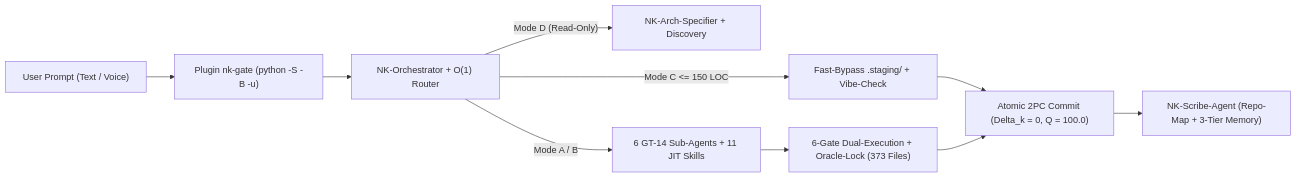
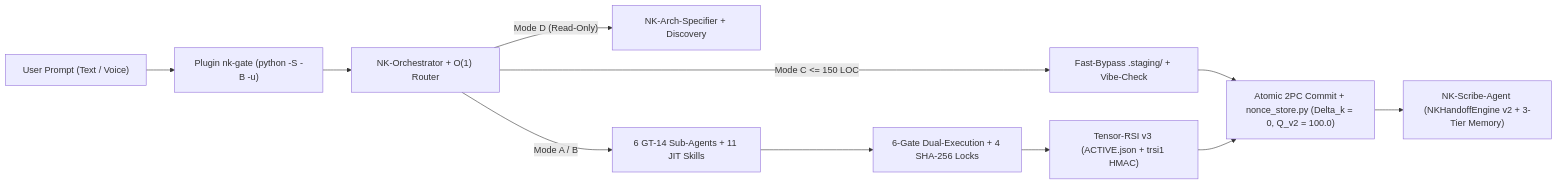
The second of 2 diagrams in .github/README.md (erbaldo86/NK-Hub), drawn with Mermaid before and after one commit. The commit also changed other lines of this file and 401 other files, not shown here.

Commit message:
feat(release): NK Hub Generation v3.0.2-Generation (Tensor-RSI v3, Handoff V2, NVMe Pyramid, Forensic Hardening & GitHub Showcase)

````diff
--- a/.github/README.md
+++ b/.github/README.md
@@ -380,12 +392,13 @@
 ```mermaid
 flowchart LR
     U["User Prompt (Text / Voice)"] --> HG["Plugin nk-gate (python -S -B -u)"]
     HG --> R["NK-Orchestrator + O(1) Router"]
     R -->|"Mode D (Read-Only)"| RO["NK-Arch-Specifier + Discovery"]
     R -->|"Mode C <= 150 LOC"| FB["Fast-Bypass .staging/ + Vibe-Check"]
     R -->|"Mode A / B"| SW["6 GT-14 Sub-Agents + 11 JIT Skills"]
-    SW --> AU["6-Gate Dual-Execution + Oracle-Lock (373 Files)"]
-    FB --> TPC["Atomic 2PC Commit (Delta_k = 0, Q = 100.0)"]
-    AU --> TPC
-    TPC --> SCR["NK-Scribe-Agent (Repo-Map + 3-Tier Memory)"]
+    SW --> AU["6-Gate Dual-Execution + 4 SHA-256 Locks"]
+    AU --> TR["Tensor-RSI v3 (ACTIVE.json + trsi1 HMAC)"]
+    FB --> TPC["Atomic 2PC Commit + nonce_store.py (Delta_k = 0, Q_v2 = 100.0)"]
+    TR --> TPC
+    TPC --> SCR["NK-Scribe-Agent (NKHandoffEngine v2 + 3-Tier Memory)"]
 ```
````
